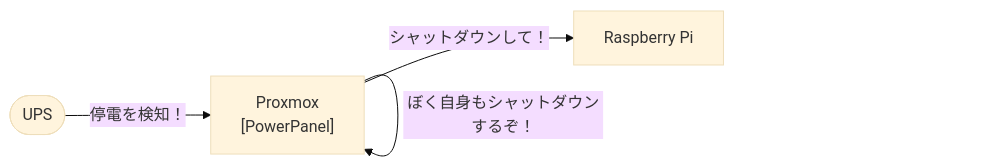
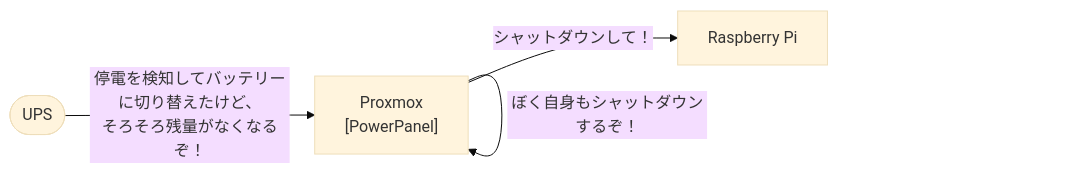
The diagram in articles/f7a0bd61ed1073.md (gaimo-ch/Zenn), drawn with Mermaid (base theme) before and after one commit. The commit also changed other lines of this file, not shown here.

````diff
--- a/articles/f7a0bd61ed1073.md
+++ b/articles/f7a0bd61ed1073.md
@@ -17,9 +18,9 @@
 ```mermaid
 flowchart LR
   node_1(["UPS"])
   node_2["Proxmox\n[PowerPanel]"]
   node_3["Raspberry Pi"]
-  node_1 --"停電を検知！"--> node_2
+  node_1 --"停電を検知してバッテリーに切り替えたけど、<br>そろそろ残量がなくなるぞ！"--> node_2
   node_2 --"シャットダウンして！"--> node_3
   node_2 --"ぼく自身もシャットダウンするぞ！"--> node_2
 ```
````
